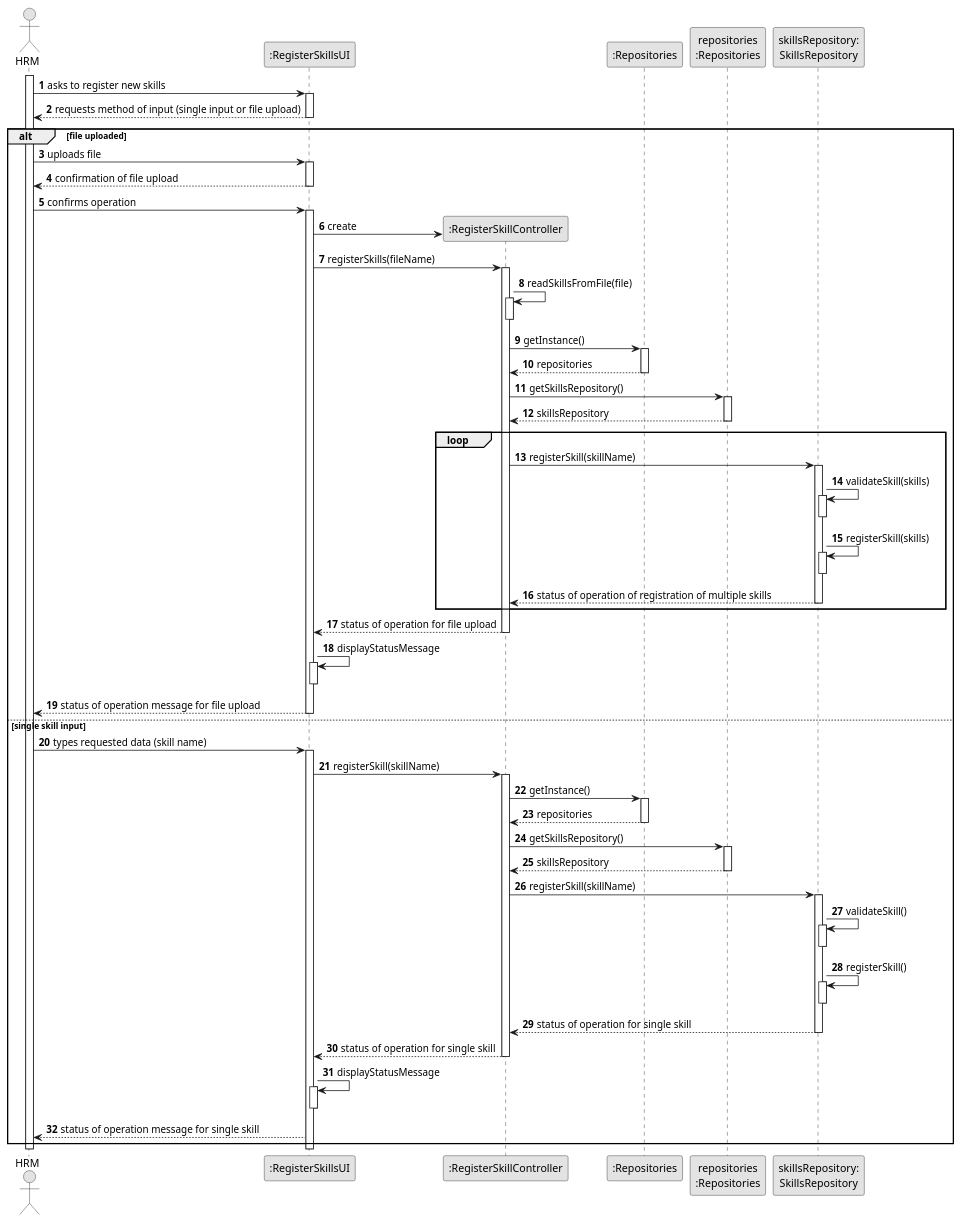
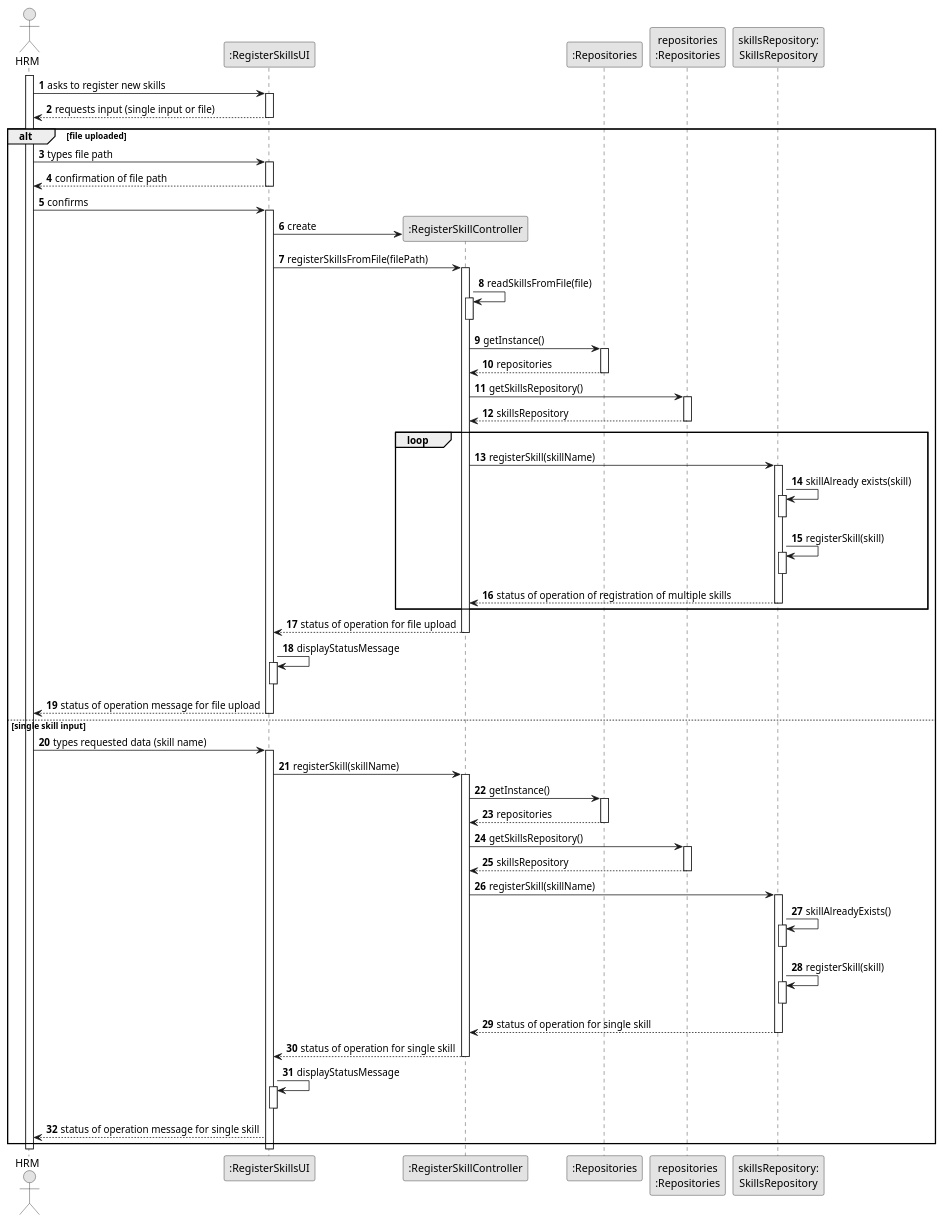
The diagram in docs/sprintB/us001/03.design/puml/us001-sequence-diagram-fullv2.puml (Departamento-de-Engenharia-Informatica/lei-24-s2-1do-g164), drawn with PlantUML before and after one commit. The commit also changed 4 other files, not shown here.

Commit message:
US01(implementation and docs): Mudanças nos SSD de engeneering requirements da user story para estar de acordo com o sequence diagram do design

```diff
--- a/docs/sprintB/us001/03.design/puml/us001-sequence-diagram-fullv2.puml
+++ b/docs/sprintB/us001/03.design/puml/us001-sequence-diagram-fullv2.puml
@@ -1,134 +1,134 @@
 @startuml
 skinparam monochrome true
 skinparam packageStyle rectangle
 skinparam shadowing false
 
 autonumber
 
 'hide footbox
 actor "HRM" as ADM
 participant ":RegisterSkillsUI" as UI
 participant ":RegisterSkillController" as CTRL
 participant ":Repositories" as RepositorySingleton
 participant "repositories\n:Repositories" as PLAT
 participant "skillsRepository:\nSkillsRepository" as skillsRepository
 
 
 activate ADM
 
     ADM -> UI : asks to register new skills
     activate UI
-    UI --> ADM : requests method of input (single input or file upload)
+    UI --> ADM : requests input (single input or file)
     deactivate UI
 
 
 
     ' Branch for handling file upload
     alt file uploaded
 
 
 
-            ADM -> UI : uploads file
+            ADM -> UI : types file path
             activate UI
 
 
 
-            UI --> ADM : confirmation of file upload
+            UI --> ADM : confirmation of file path
             deactivate UI
 
-            ADM -> UI : confirms operation
+            ADM -> UI : confirms
             activate UI
 
             UI -> CTRL** : create
-        UI -> CTRL : registerSkills(fileName)
+        UI -> CTRL : registerSkillsFromFile(filePath)
         activate CTRL
 
         CTRL -> CTRL : readSkillsFromFile(file)
                 activate CTRL
                 deactivate CTRL
 
         CTRL -> RepositorySingleton : getInstance()
         activate RepositorySingleton
 
         RepositorySingleton --> CTRL: repositories
         deactivate RepositorySingleton
 
         CTRL -> PLAT : getSkillsRepository()
         activate PLAT
 
         PLAT --> CTRL: skillsRepository
         deactivate PLAT
 
         loop
 
         CTRL -> skillsRepository : registerSkill(skillName)
         activate skillsRepository
-        skillsRepository -> skillsRepository : validateSkill(skills)
+        skillsRepository -> skillsRepository : skillAlready exists(skill)
         activate skillsRepository
         deactivate skillsRepository
-        skillsRepository -> skillsRepository : registerSkill(skills)
+        skillsRepository -> skillsRepository : registerSkill(skill)
         activate skillsRepository
         deactivate skillsRepository
         skillsRepository --> CTRL : status of operation of registration of multiple skills
         deactivate skillsRepository
 
         end
 
         CTRL --> UI : status of operation for file upload
         deactivate CTRL
         UI -> UI : displayStatusMessage
         activate UI
         deactivate UI
 
         UI --> ADM : status of operation message for file upload
         deactivate UI
     else single skill input
 
         ADM -> UI : types requested data (skill name)
             activate UI
 
 
         UI -> CTRL : registerSkill(skillName)
 
 
         activate CTRL
 
         CTRL -> RepositorySingleton : getInstance()
         activate RepositorySingleton
 
         RepositorySingleton --> CTRL: repositories
         deactivate RepositorySingleton
 
         CTRL -> PLAT : getSkillsRepository()
         activate PLAT
 
         PLAT --> CTRL: skillsRepository
         deactivate PLAT
 
         CTRL -> skillsRepository : registerSkill(skillName)
         activate skillsRepository
 
-        skillsRepository -> skillsRepository : validateSkill()
+        skillsRepository -> skillsRepository : skillAlreadyExists()
         activate skillsRepository
         deactivate skillsRepository
-        skillsRepository -> skillsRepository : registerSkill()
+        skillsRepository -> skillsRepository : registerSkill(skill)
         activate skillsRepository
         deactivate skillsRepository
         skillsRepository --> CTRL : status of operation for single skill
         deactivate skillsRepository
 
         CTRL --> UI : status of operation for single skill
         deactivate CTRL
 
         UI -> UI : displayStatusMessage
         activate UI
         deactivate UI
 
         UI --> ADM : status of operation message for single skill
     end
 
     deactivate UI
 
 deactivate ADM
 
 @enduml
```
